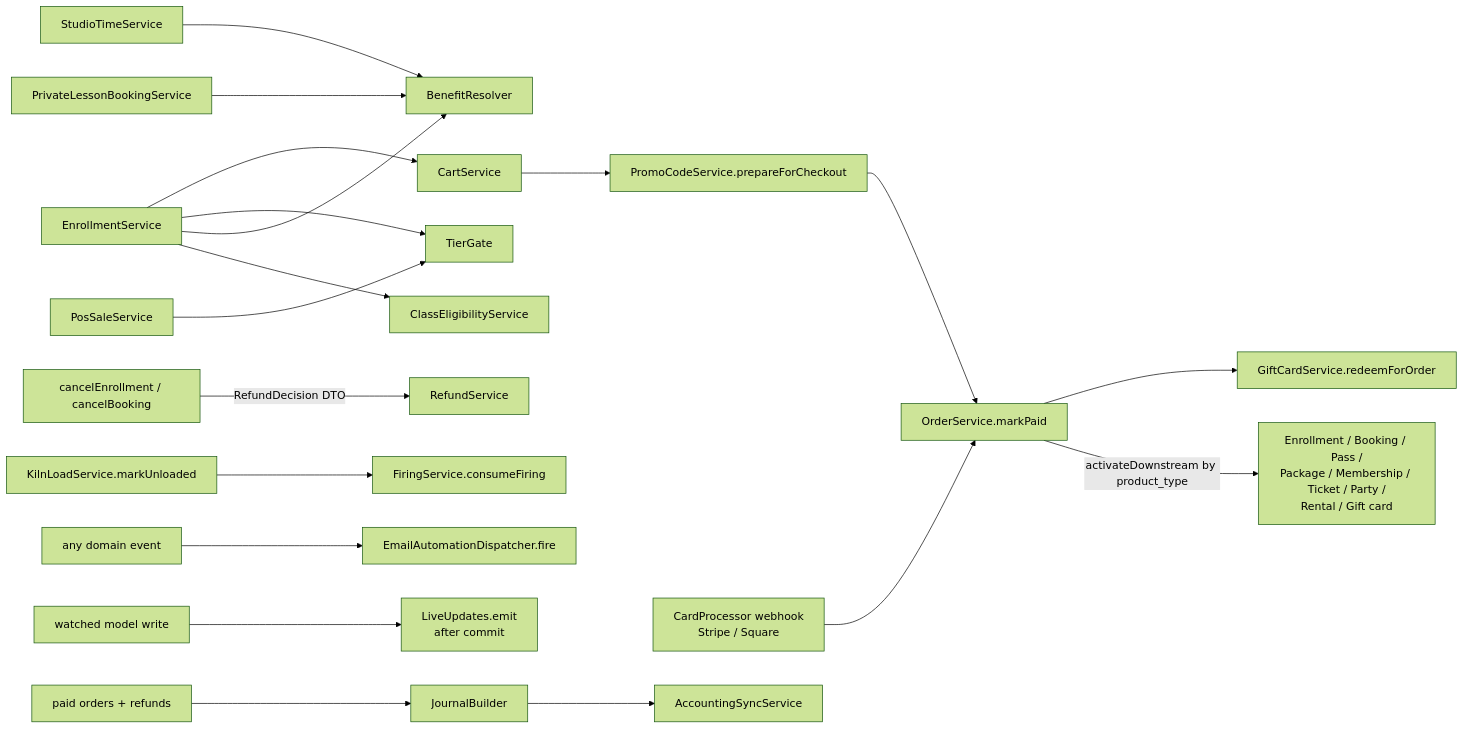
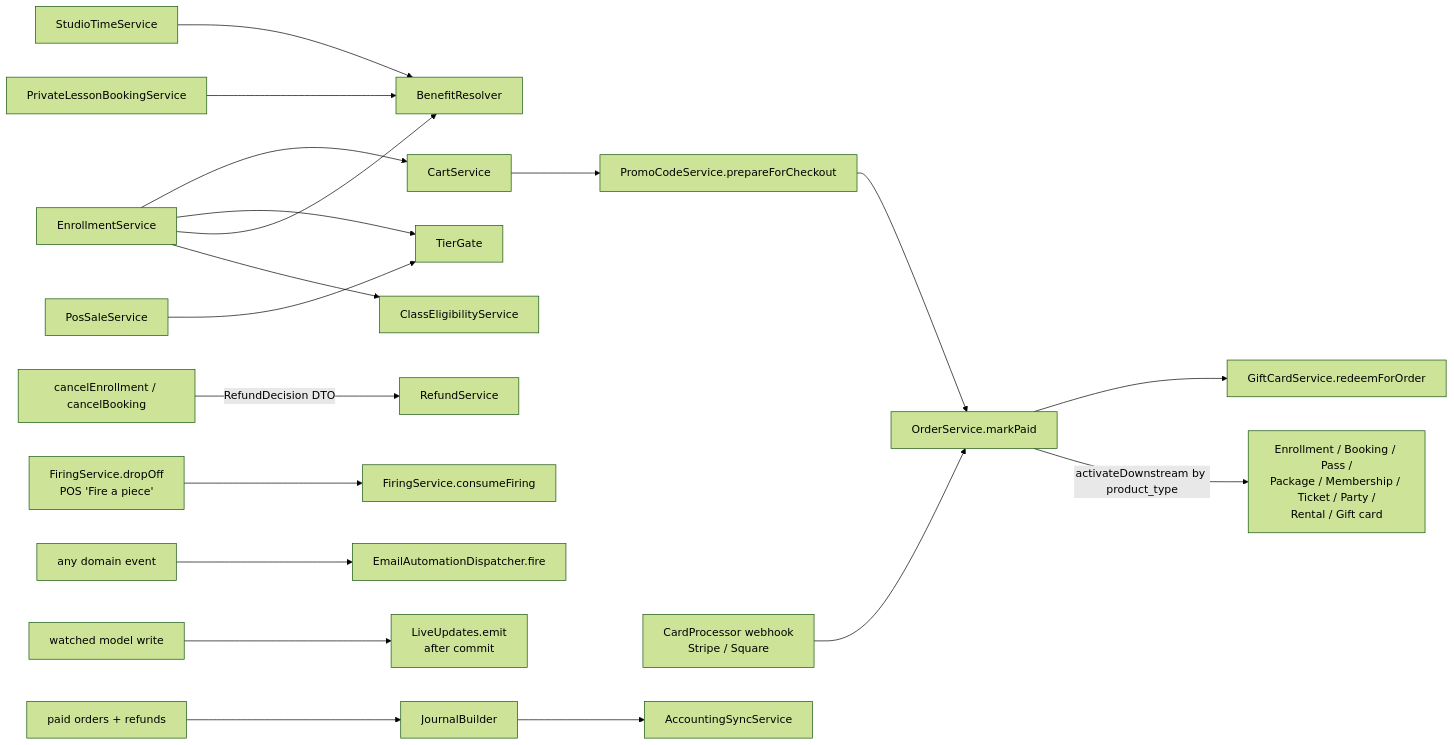
The diagram in docs/03-domain-map.md (TitaniaAnn/makerhearth-architecture), drawn with Mermaid (forest theme) before and after one commit. The commit also changed other lines of this file and 16 other files, not shown here.

First line of the commit message:
Mirror firing charge-at-drop-off into the architecture reference

````diff
--- a/docs/03-domain-map.md
+++ b/docs/03-domain-map.md
@@ -283,20 +286,20 @@
 ```mermaid
 flowchart LR
     ENROLL[EnrollmentService] --> ELIG[ClassEligibilityService]
     ENROLL --> BR[BenefitResolver]
     ENROLL --> TG[TierGate]
     ENROLL --> CART[CartService]
     BOOK[PrivateLessonBookingService] --> BR
     POSS[PosSaleService] --> TG
     CHECKOUT[StudioTimeService] --> BR
     CART --> PROMO[PromoCodeService.prepareForCheckout]
     PROMO --> ORDER[OrderService.markPaid]
     PROC[CardProcessor webhook<br/>Stripe / Square] --> ORDER
     ORDER -->|activateDownstream by product_type| ACT[Enrollment / Booking / Pass /<br/>Package / Membership / Ticket / Party /<br/>Rental / Gift card]
     ORDER --> GC[GiftCardService.redeemForOrder]
     CANCEL[cancelEnrollment / cancelBooking] -->|RefundDecision DTO| RS[RefundService]
-    UNLOAD[KilnLoadService.markUnloaded] --> FS[FiringService.consumeFiring]
+    DROPOFF[FiringService.dropOff<br/>POS 'Fire a piece'] --> FS[FiringService.consumeFiring]
     DOMAIN[any domain event] --> EAD[EmailAutomationDispatcher.fire]
     WRITE[watched model write] --> LIVE[LiveUpdates.emit<br/>after commit]
     PAID[paid orders + refunds] --> JB[JournalBuilder] --> ACC[AccountingSyncService]
 ```
````
